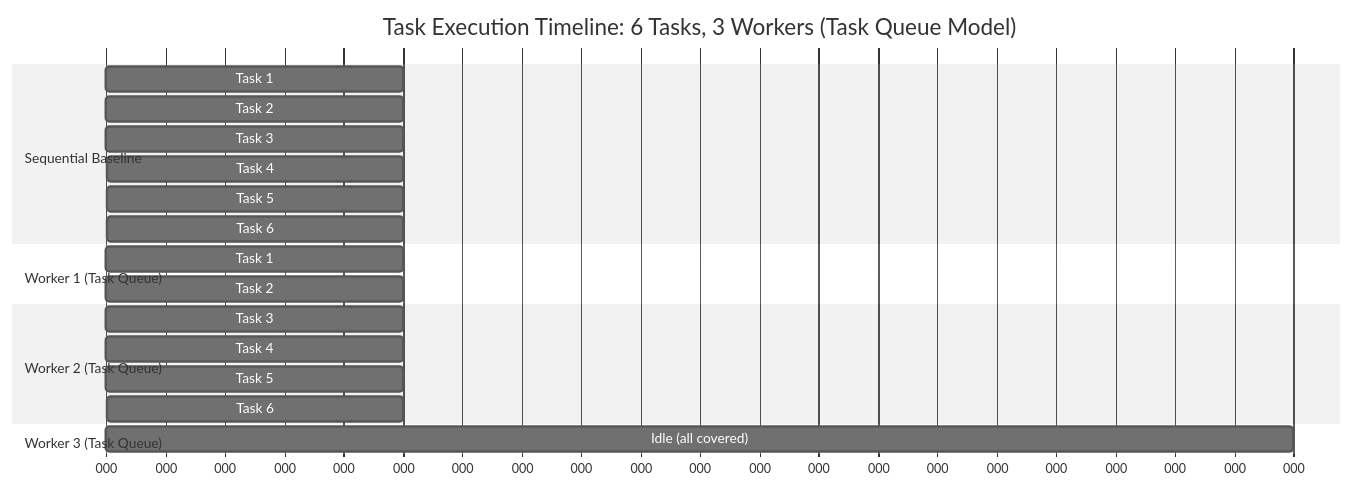
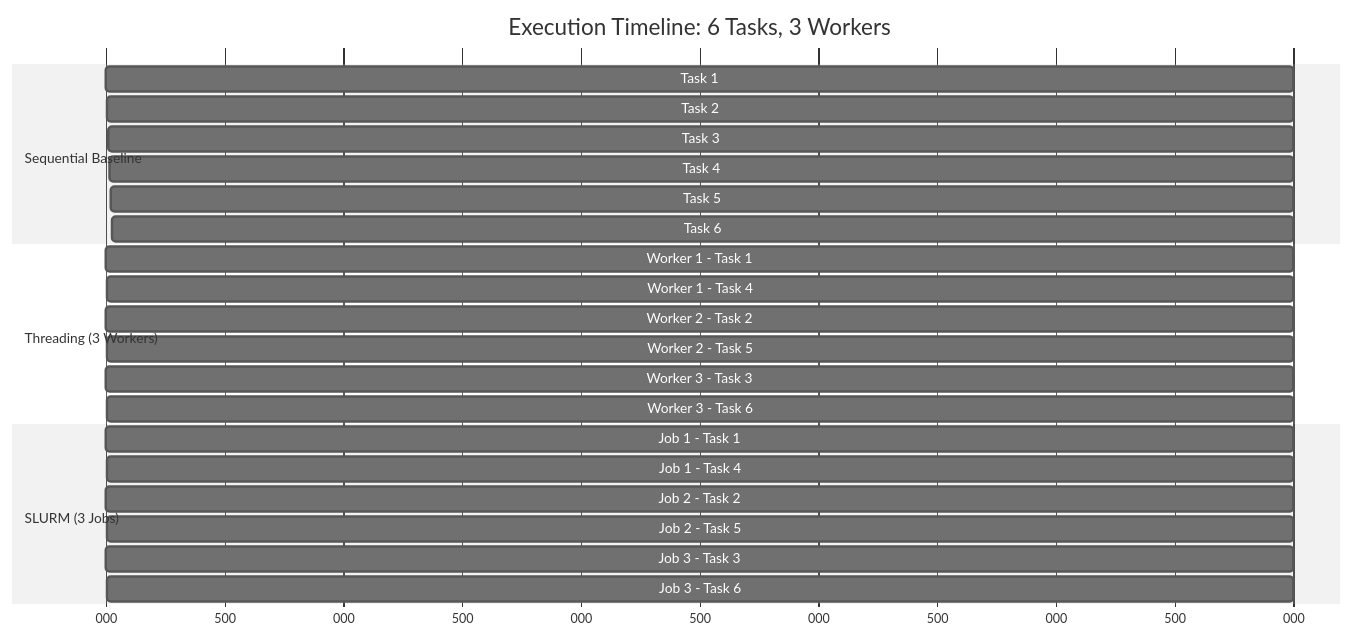
One commit to blackjackptit/factory-agentic-dev changed diagram 11 of 12 in docs/parallel-orchestrator-architecture.md. Above: the diagram before and after it, drawn with Mermaid (neutral theme). The commit also changed other lines of this file and 30 other files, not shown here.

````diff
--- a/docs/parallel-orchestrator-architecture.md
+++ b/docs/parallel-orchestrator-architecture.md
@@ -245,27 +556,30 @@
 ```mermaid
 gantt
-    title Task Execution Timeline: 6 Tasks, 3 Workers (Task Queue Model)
+    title Execution Timeline: 6 Tasks, 3 Workers
     dateFormat X
     axisFormat %L
 
     section Sequential Baseline
     Task 1 :0, 5
     Task 2 :5, 5
     Task 3 :10, 5
     Task 4 :15, 5
     Task 5 :20, 5
     Task 6 :25, 5
 
-    section Worker 1 (Task Queue)
-    Task 1 :0, 5
-    Task 2 :5, 5
+    section Threading (3 Workers)
+    Worker 1 - Task 1 :0, 5
+    Worker 1 - Task 4 :5, 5
+    Worker 2 - Task 2 :0, 5
+    Worker 2 - Task 5 :5, 5
+    Worker 3 - Task 3 :0, 5
+    Worker 3 - Task 6 :5, 5
 
-    section Worker 2 (Task Queue)
-    Task 3 :0, 5
-    Task 4 :5, 5
-    Task 5 :10, 5
-    Task 6 :15, 5
-
-    section Worker 3 (Task Queue)
-    Idle (all covered) :0, 20
+    section SLURM (3 Jobs)
+    Job 1 - Task 1 :0, 5
+    Job 1 - Task 4 :5, 5
+    Job 2 - Task 2 :0, 5
+    Job 2 - Task 5 :5, 5
+    Job 3 - Task 3 :0, 5
+    Job 3 - Task 6 :5, 5
 ```
````
